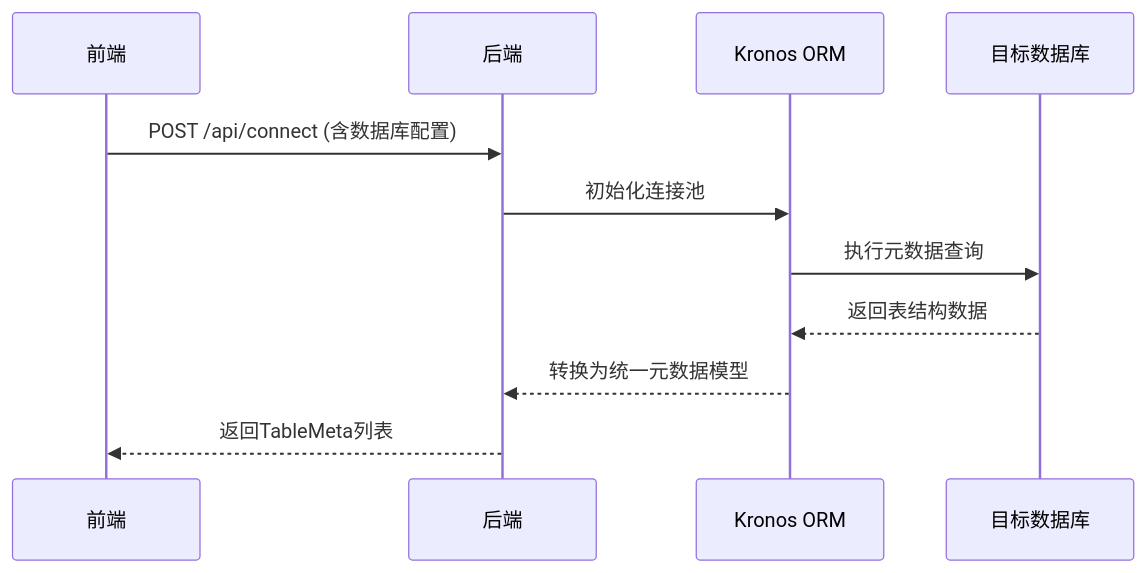
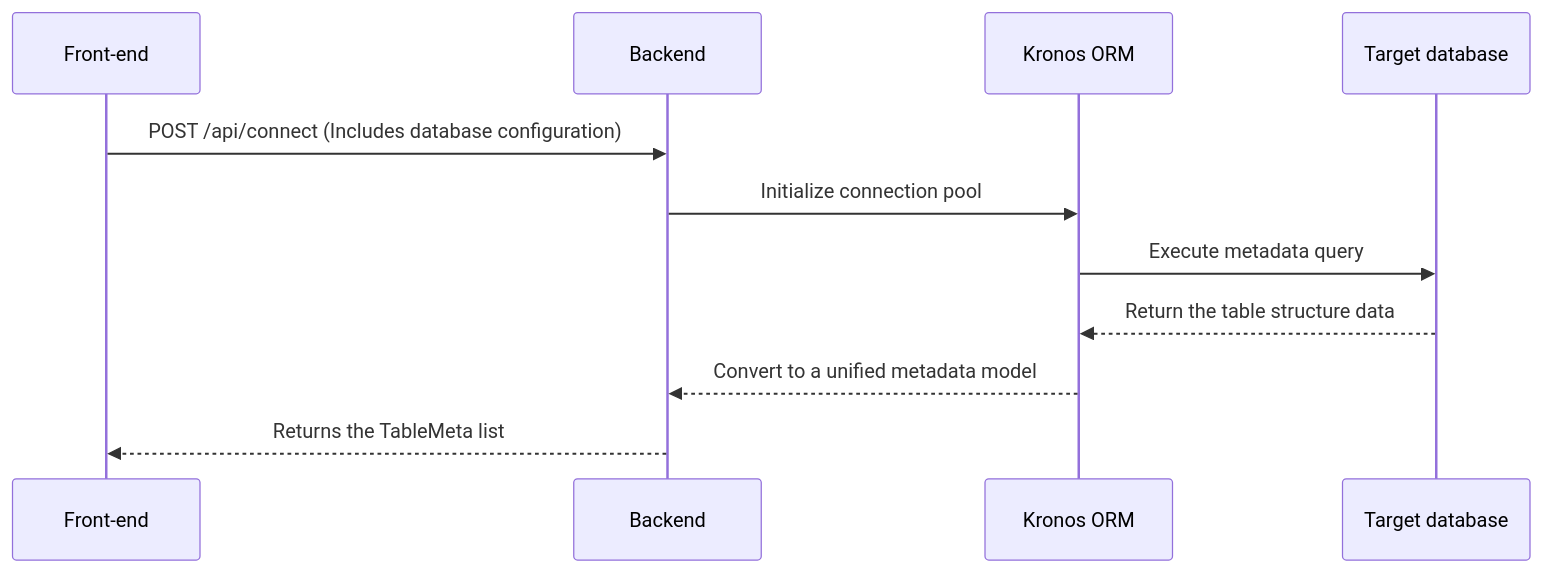
The diagram in README.md (Kronos-orm/kronos-code-generator), drawn with Mermaid before and after one commit.

Commit message:
- [fix] (documentation): Fixed Chinese characterization in flowcharts to English and updated descriptions.

````diff
--- a/README.md
+++ b/README.md
@@ -40,13 +40,13 @@
 ```mermaid
 sequenceDiagram
-    participant Frontend as 前端
-    participant Backend as 后端
+    participant Frontend as Front-end
+    participant Backend as Backend
     participant Kronos as Kronos ORM
-    participant DB as 目标数据库
-    Frontend ->> Backend: POST /api/connect (含数据库配置)
-    Backend ->> Kronos: 初始化连接池
-    Kronos ->> DB: 执行元数据查询
-    DB -->> Kronos: 返回表结构数据
-    Kronos -->> Backend: 转换为统一元数据模型
-    Backend -->> Frontend: 返回TableMeta列表
+    participant DB as Target database
+    Frontend ->> Backend: POST /api/connect (Includes database configuration)
+    Backend ->> Kronos: Initialize connection pool
+    Kronos ->> DB: Execute metadata query
+    DB -->> Kronos: Return the table structure data
+    Kronos -->> Backend: Convert to a unified metadata model
+    Backend -->> Frontend: Returns the TableMeta list
 ```
````
